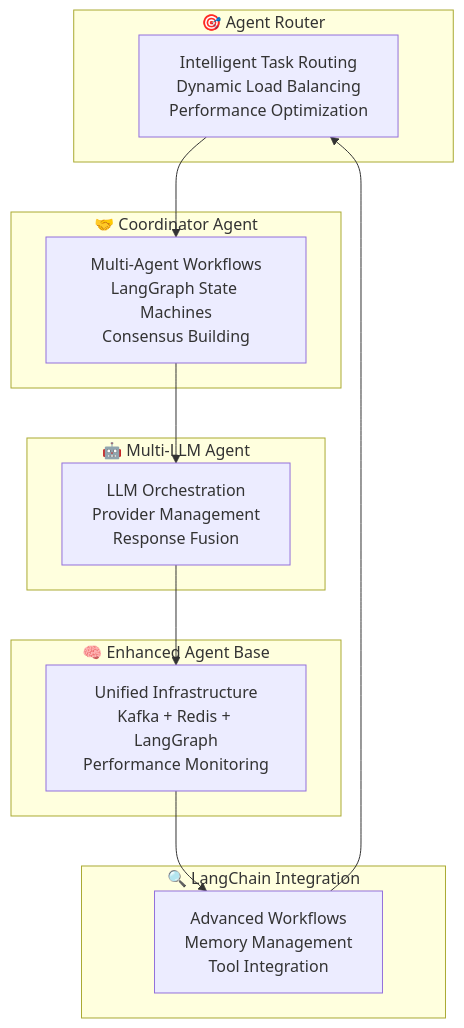
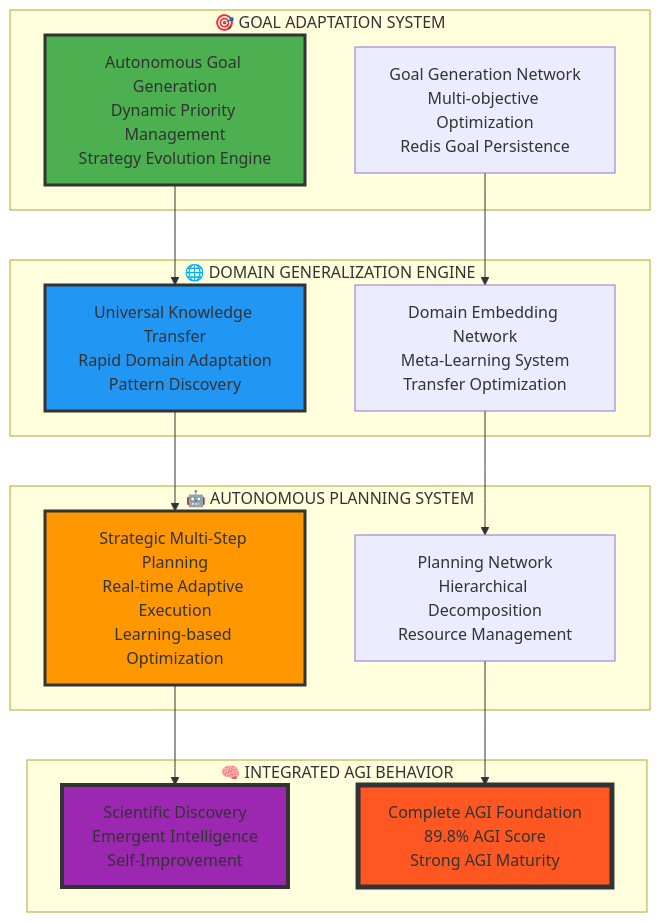
Before and after one commit to Organica-Ai-Solutions/NIS_Protocol: the first of 2 diagrams in README.md, drawn with Mermaid. The commit also changed other lines of this file and 24 other files, not shown here.

First line of the commit message:
🏆 BREAKTHROUGH: Complete AGI Foundation Achieved - 89.8% AGI Score

````diff
--- a/README.md
+++ b/README.md
@@ -52,28 +369,35 @@
 ```mermaid
 graph TB
-    subgraph "🎯 Agent Router"
-        AR[Intelligent Task Routing<br/>Dynamic Load Balancing<br/>Performance Optimization]
+    subgraph "🎯 GOAL ADAPTATION SYSTEM"
+        GAS[Autonomous Goal Generation<br/>Dynamic Priority Management<br/>Strategy Evolution Engine]
+        GNN[Goal Generation Network<br/>Multi-objective Optimization<br/>Redis Goal Persistence]
     end
     
-    subgraph "🤝 Coordinator Agent"
-        CA[Multi-Agent Workflows<br/>LangGraph State Machines<br/>Consensus Building]
+    subgraph "🌐 DOMAIN GENERALIZATION ENGINE"
+        DGE[Universal Knowledge Transfer<br/>Rapid Domain Adaptation<br/>Pattern Discovery]
+        DMN[Domain Embedding Network<br/>Meta-Learning System<br/>Transfer Optimization]
     end
     
-    subgraph "🤖 Multi-LLM Agent"
-        MLA[LLM Orchestration<br/>Provider Management<br/>Response Fusion]
+    subgraph "🤖 AUTONOMOUS PLANNING SYSTEM"
+        APS[Strategic Multi-Step Planning<br/>Real-time Adaptive Execution<br/>Learning-based Optimization]
+        PNN[Planning Network<br/>Hierarchical Decomposition<br/>Resource Management]
     end
     
-    subgraph "🧠 Enhanced Agent Base"
-        EAB[Unified Infrastructure<br/>Kafka + Redis + LangGraph<br/>Performance Monitoring]
+    subgraph "🧠 INTEGRATED AGI BEHAVIOR"
+        IAB[Scientific Discovery<br/>Emergent Intelligence<br/>Self-Improvement]
+        AGI[Complete AGI Foundation<br/>89.8% AGI Score<br/>Strong AGI Maturity]
     end
     
-    subgraph "🔍 LangChain Integration"
-        LCI[Advanced Workflows<br/>Memory Management<br/>Tool Integration]
-    end
+    GAS --> DGE
+    GNN --> DMN
+    DGE --> APS
+    DMN --> PNN
+    APS --> IAB
+    PNN --> AGI
     
-    AR --> CA
-    CA --> MLA
-    MLA --> EAB
-    EAB --> LCI
-    LCI --> AR
+    style GAS fill:#4CAF50,stroke:#333,stroke-width:3px
+    style DGE fill:#2196F3,stroke:#333,stroke-width:3px
+    style APS fill:#FF9800,stroke:#333,stroke-width:3px
+    style IAB fill:#9C27B0,stroke:#333,stroke-width:4px
+    style AGI fill:#FF5722,stroke:#333,stroke-width:5px
 ```
````
